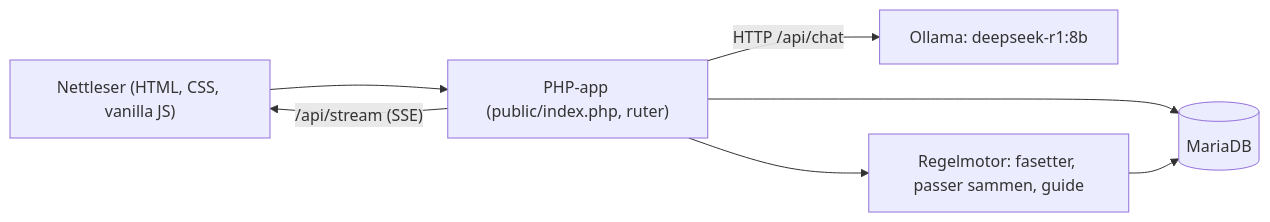
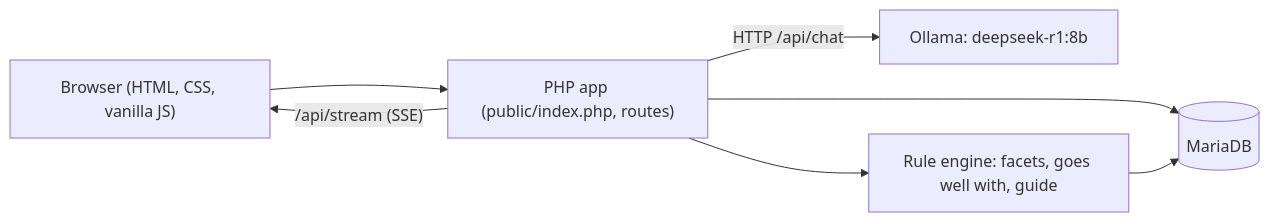
Before and after one commit to dovidee/sorpedia: the diagram in docs/architecture/architecture.md, drawn with Mermaid. The commit also changed other lines of this file and 48 other files, not shown here.

````diff
--- a/docs/architecture/architecture.md
+++ b/docs/architecture/architecture.md
@@ -16,9 +16,9 @@
 ```mermaid
 flowchart LR
-  B["Nettleser (HTML, CSS, vanilla JS)"] --> W["PHP-app (public/index.php, ruter)"]
+  B["Browser (HTML, CSS, vanilla JS)"] --> W["PHP app (public/index.php, routes)"]
   W --> DB[("MariaDB")]
   W -->|"/api/stream (SSE)"| B
   W -->|"HTTP /api/chat"| O["Ollama: deepseek-r1:8b"]
-  W --> R["Regelmotor: fasetter, passer sammen, guide"]
+  W --> R["Rule engine: facets, goes well with, guide"]
   R --> DB
 ```
````
